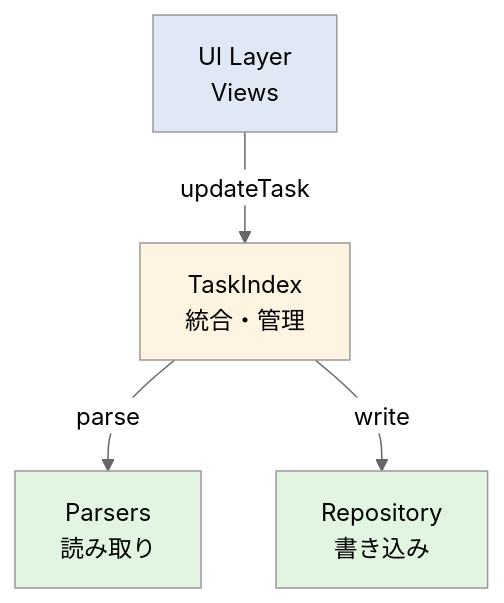
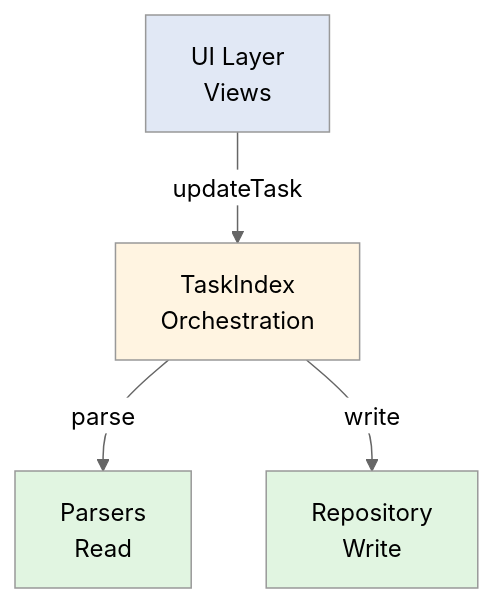
The diagram in DEVELOPER.md (KawaNae/Obsidian-task-viewer), drawn with Mermaid (neutral theme) before and after one commit. The commit also changed other lines of this file, not shown here.

````diff
--- a/DEVELOPER.md
+++ b/DEVELOPER.md
@@ -80,16 +55,16 @@
 ```mermaid
 graph TB
     UI[UI Layer<br/>Views]
-    Index[TaskIndex<br/>統合・管理]
-    Parser[Parsers<br/>読み取り]
-    Repo[Repository<br/>書き込み]
-    
+    Index[TaskIndex<br/>Orchestration]
+    Parser[Parsers<br/>Read]
+    Repo[Repository<br/>Write]
+
     UI -->|updateTask| Index
     Index -->|parse| Parser
     Index -->|write| Repo
-    
+
     style Parser fill:#e1f5e1
     style Repo fill:#e1f5e1
     style Index fill:#fff4e1
     style UI fill:#e1e8f5
 ```
````
